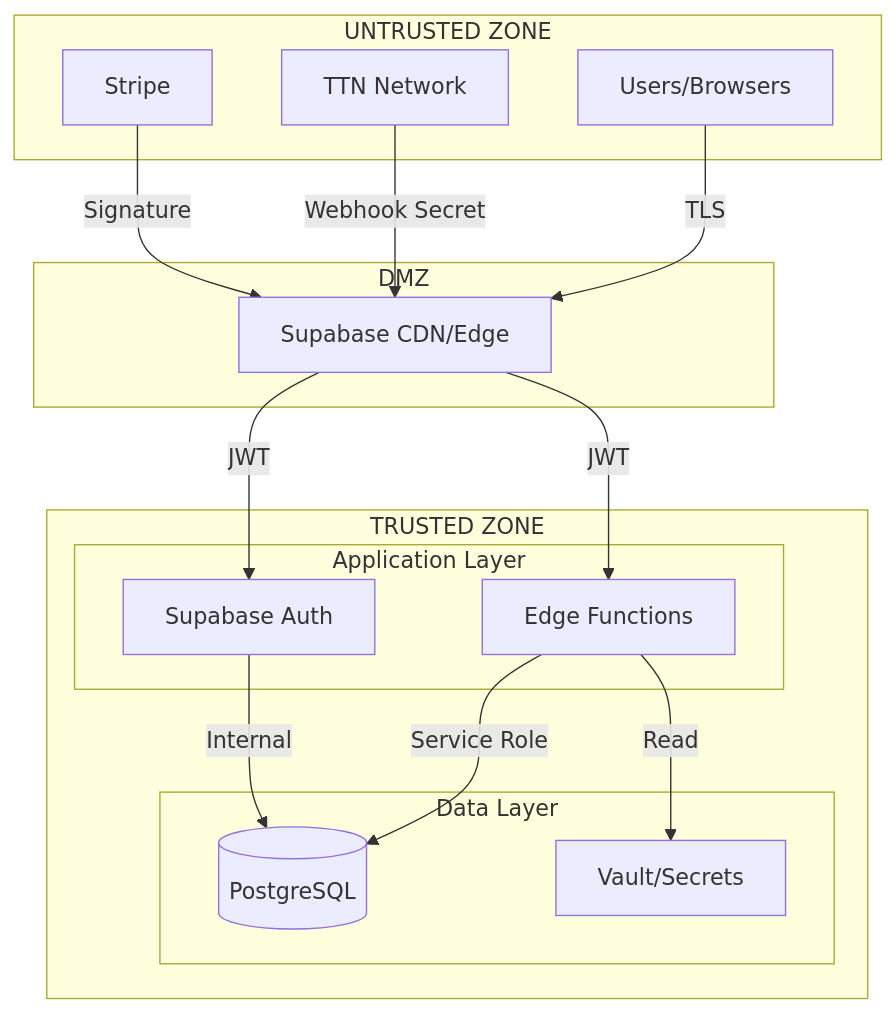
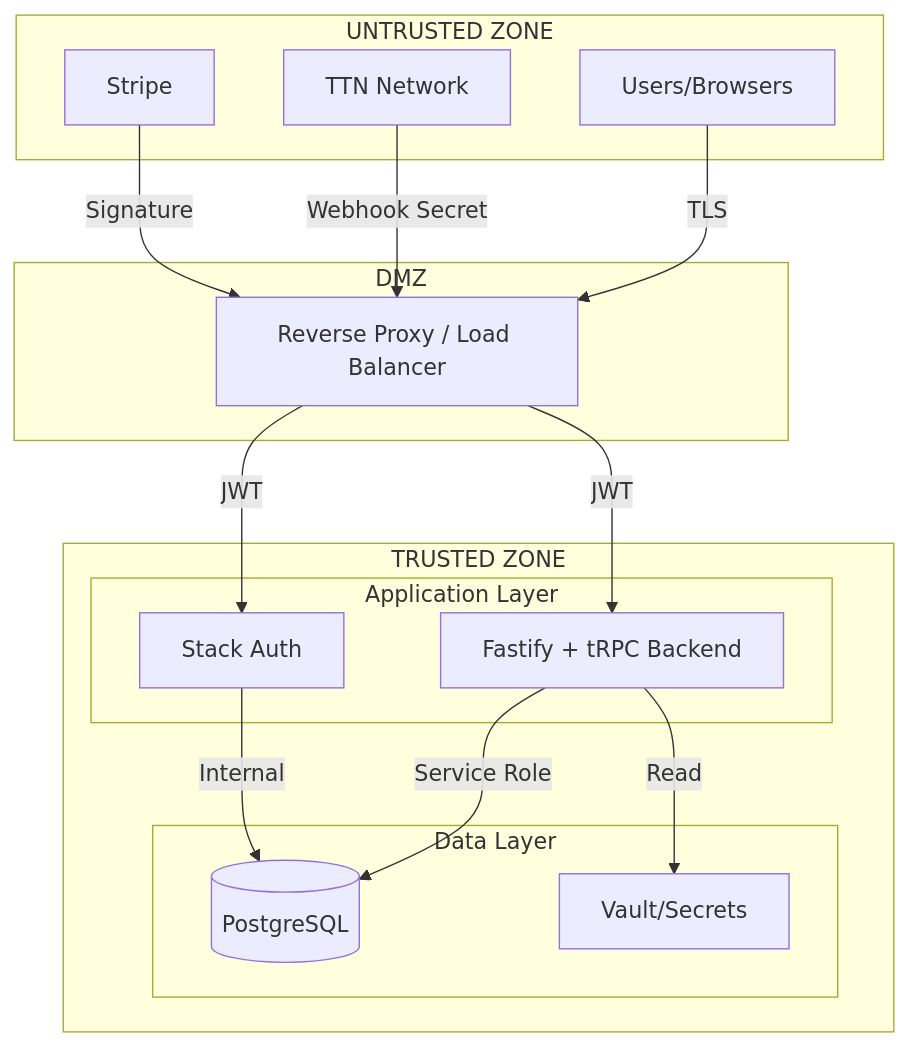
The diagram in docs/security/SECURITY_OVERVIEW.md (getdatasurge/fresh-staged), drawn with Mermaid before and after one commit. The commit also changed other lines of this file and 4 other files, not shown here.

First line of the commit message:
docs: sync documentation with Stack Auth migration, security fixes, and code splitting

````diff
--- a/docs/security/SECURITY_OVERVIEW.md
+++ b/docs/security/SECURITY_OVERVIEW.md
@@ -75,32 +75,32 @@
 ```mermaid
 graph TB
     subgraph "UNTRUSTED ZONE"
         U[Users/Browsers]
         TTN[TTN Network]
         STRIPE[Stripe]
     end
 
     subgraph "DMZ"
-        CDN[Supabase CDN/Edge]
+        LB[Reverse Proxy / Load Balancer]
     end
 
     subgraph "TRUSTED ZONE"
         subgraph "Application Layer"
-            FUNC[Edge Functions]
-            AUTH[Supabase Auth]
+            API[Fastify + tRPC Backend]
+            AUTH[Stack Auth]
         end
         subgraph "Data Layer"
             DB[(PostgreSQL)]
             SECRETS[Vault/Secrets]
         end
     end
 
-    U -->|TLS| CDN
-    TTN -->|Webhook Secret| CDN
-    STRIPE -->|Signature| CDN
-    CDN -->|JWT| FUNC
-    CDN -->|JWT| AUTH
-    FUNC -->|Service Role| DB
+    U -->|TLS| LB
+    TTN -->|Webhook Secret| LB
+    STRIPE -->|Signature| LB
+    LB -->|JWT| API
+    LB -->|JWT| AUTH
+    API -->|Service Role| DB
     AUTH -->|Internal| DB
-    FUNC -->|Read| SECRETS
+    API -->|Read| SECRETS
 ```
````
